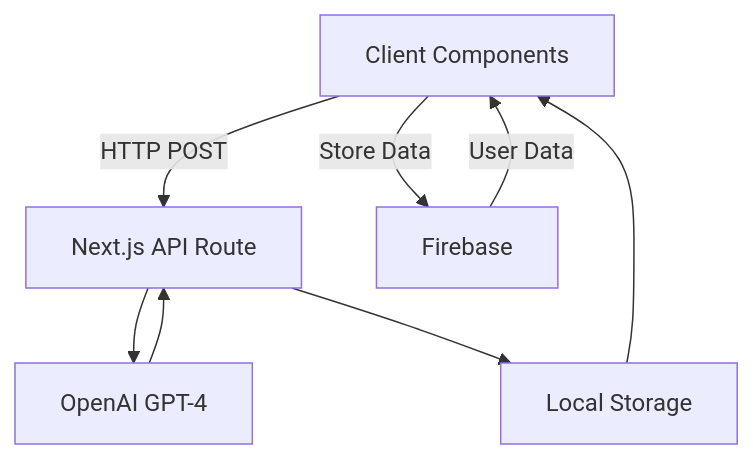
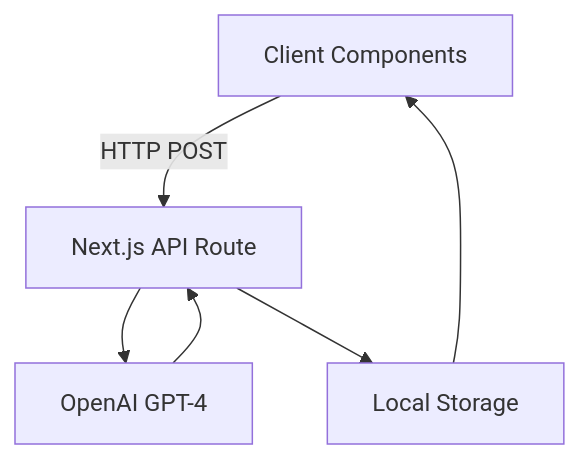
The diagram in README.md (AdamK73/TTYFS), drawn with Mermaid before and after one commit. The commit also changed other lines of this file, not shown here.

````diff
--- a/README.md
+++ b/README.md
@@ -70,10 +58,8 @@
 ```mermaid
 graph TD
     A[Client Components] -->|HTTP POST| B[Next.js API Route]
     B --> C[OpenAI GPT-4]
     C --> B
     B --> D[Local Storage]
     D --> A
-    E[Firebase] -->|User Data| A
-    A -->|Store Data| E
 ```
````
